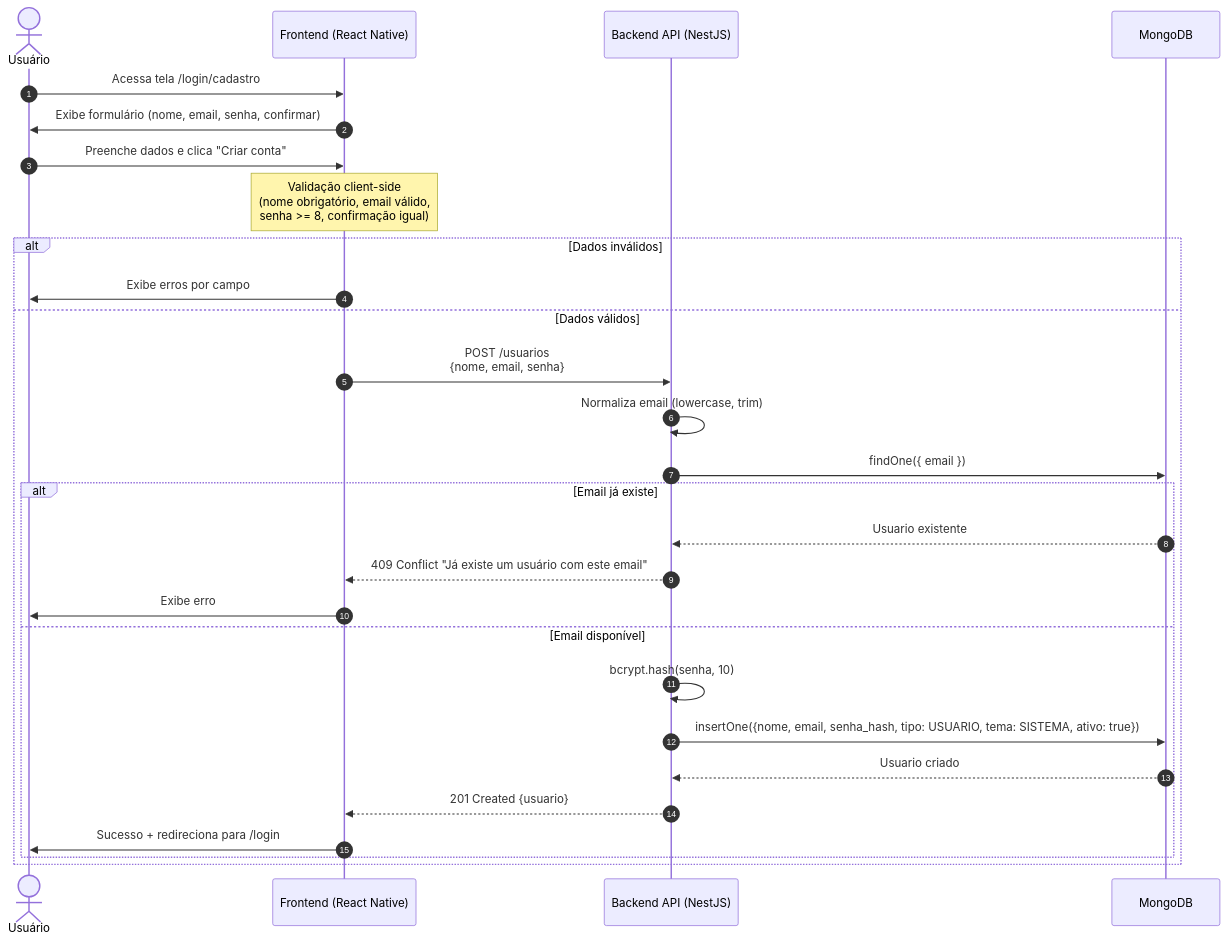
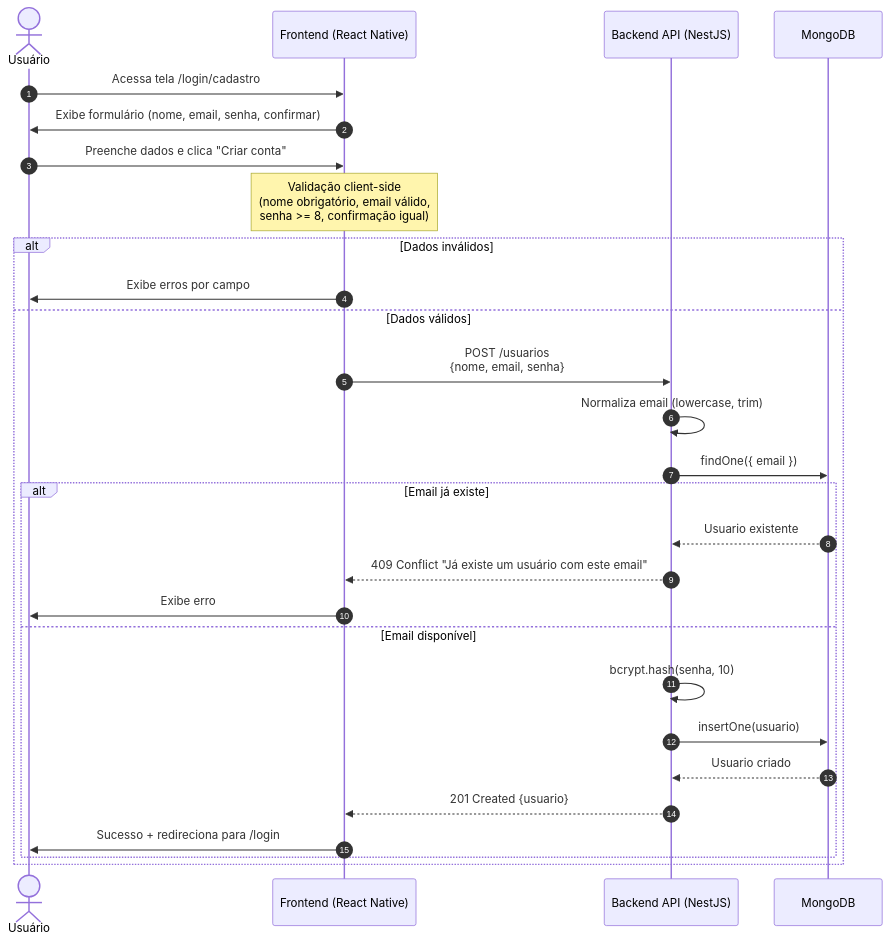
Before and after one commit to MrLucasMoreira/PDSI-Conecta-: the first of 10 diagrams in docs/cadastro-usuario/6 - diagramas-sequencia-cadastro-usuario.md, drawn with Mermaid. The commit also changed other lines of this file and 1 other file, not shown here.

Commit message:
fix: Ajuste dos documentos casos de uso e diagrama de sequencia

````diff
--- a/docs/cadastro-usuario/6 - diagramas-sequencia-cadastro-usuario.md
+++ b/docs/cadastro-usuario/6 - diagramas-sequencia-cadastro-usuario.md
@@ -27,33 +27,33 @@
 ```mermaid
 sequenceDiagram
     autonumber
     actor Usuario as Usuário
     participant Frontend as Frontend (React Native)
     participant API as Backend API (NestJS)
     participant DB as MongoDB
 
     Usuario->>Frontend: Acessa tela /login/cadastro
     Frontend->>Usuario: Exibe formulário (nome, email, senha, confirmar)
     Usuario->>Frontend: Preenche dados e clica "Criar conta"
     
     Note over Frontend: Validação client-side<br/>(nome obrigatório, email válido,<br/>senha >= 8, confirmação igual)
     
     alt Dados inválidos
         Frontend->>Usuario: Exibe erros por campo
     else Dados válidos
         Frontend->>API: POST /usuarios<br/>{nome, email, senha}
         API->>API: Normaliza email (lowercase, trim)
         API->>DB: findOne({ email })
         alt Email já existe
             DB-->>API: Usuario existente
             API-->>Frontend: 409 Conflict "Já existe um usuário com este email"
             Frontend->>Usuario: Exibe erro
         else Email disponível
             API->>API: bcrypt.hash(senha, 10)
-            API->>DB: insertOne({nome, email, senha_hash, tipo: USUARIO, tema: SISTEMA, ativo: true})
+            API->>DB: insertOne(usuario)
             DB-->>API: Usuario criado
             API-->>Frontend: 201 Created {usuario}
             Frontend->>Usuario: Sucesso + redireciona para /login
         end
     end
 ```
````
